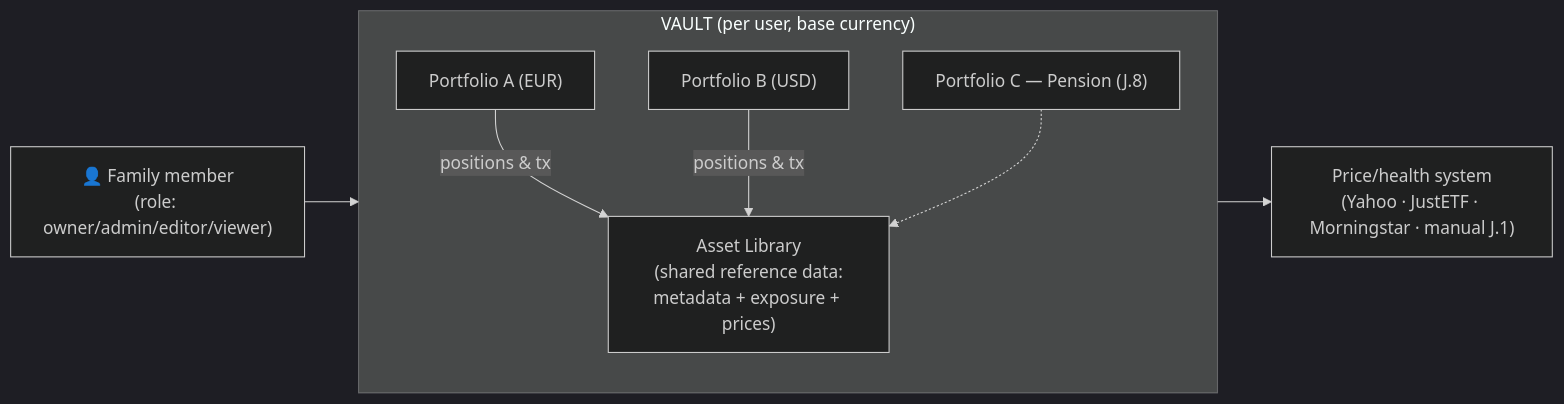
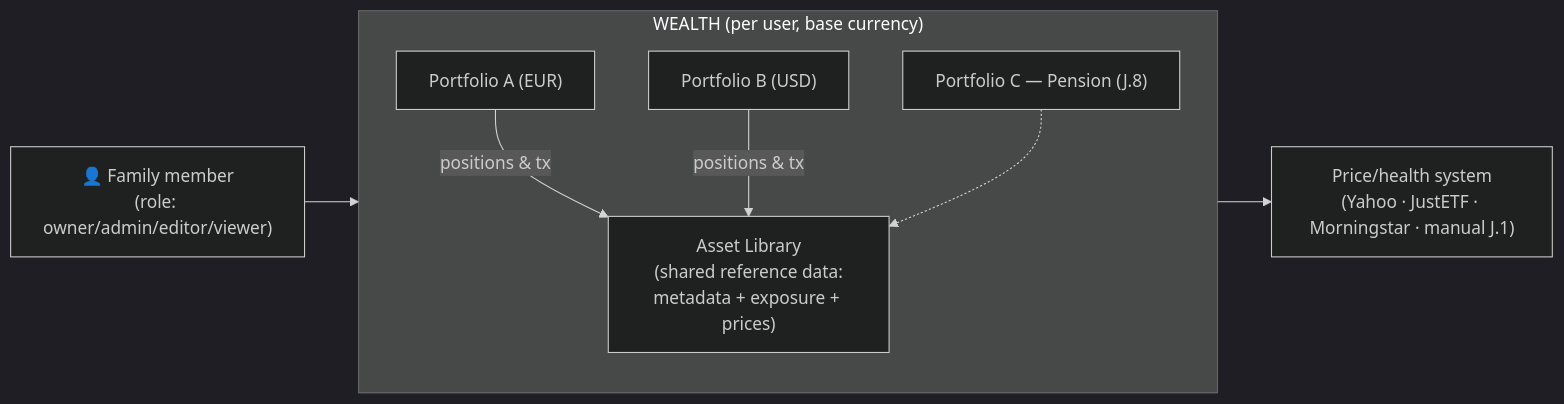
Before and after one commit to alv67/vault-lab: the first of 8 diagrams in docs/UX-REDESIGN.en.md, drawn with Mermaid (dark theme). The commit also changed other lines of this file and 47 other files, not shown here.

````diff
--- a/docs/UX-REDESIGN.en.md
+++ b/docs/UX-REDESIGN.en.md
@@ -82,14 +82,14 @@
 ```mermaid
 flowchart LR
     U["👤 Family member<br/>(role: owner/admin/editor/viewer)"] --> V
-    subgraph V["VAULT (per user, base currency)"]
+    subgraph V["WEALTH (per user, base currency)"]
         P1["Portfolio A (EUR)"]
         P2["Portfolio B (USD)"]
         P3["Portfolio C — Pension (J.8)"]
         AL["Asset Library<br/>(shared reference data:<br/>metadata + exposure + prices)"]
         P1 -->|positions & tx| AL
         P2 -->|positions & tx| AL
         P3 -.-> AL
     end
     V --> S["Price/health system<br/>(Yahoo · JustETF · Morningstar · manual J.1)"]
 ```
````
